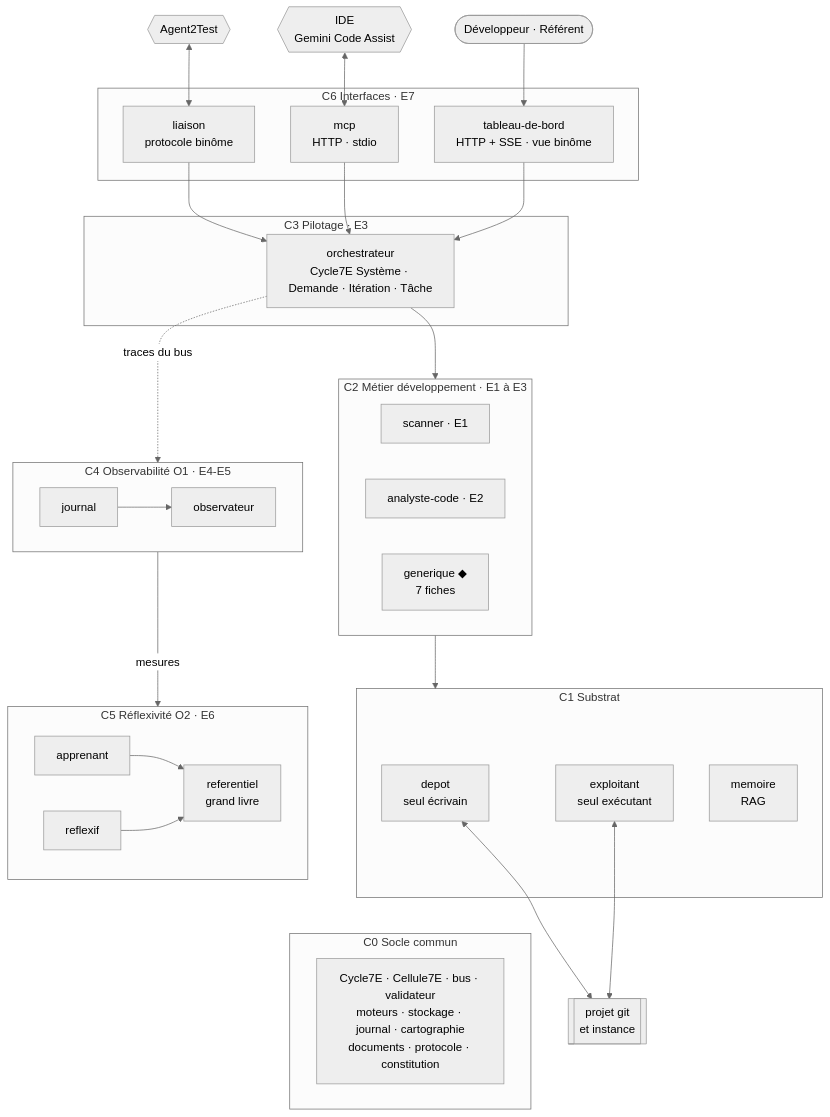
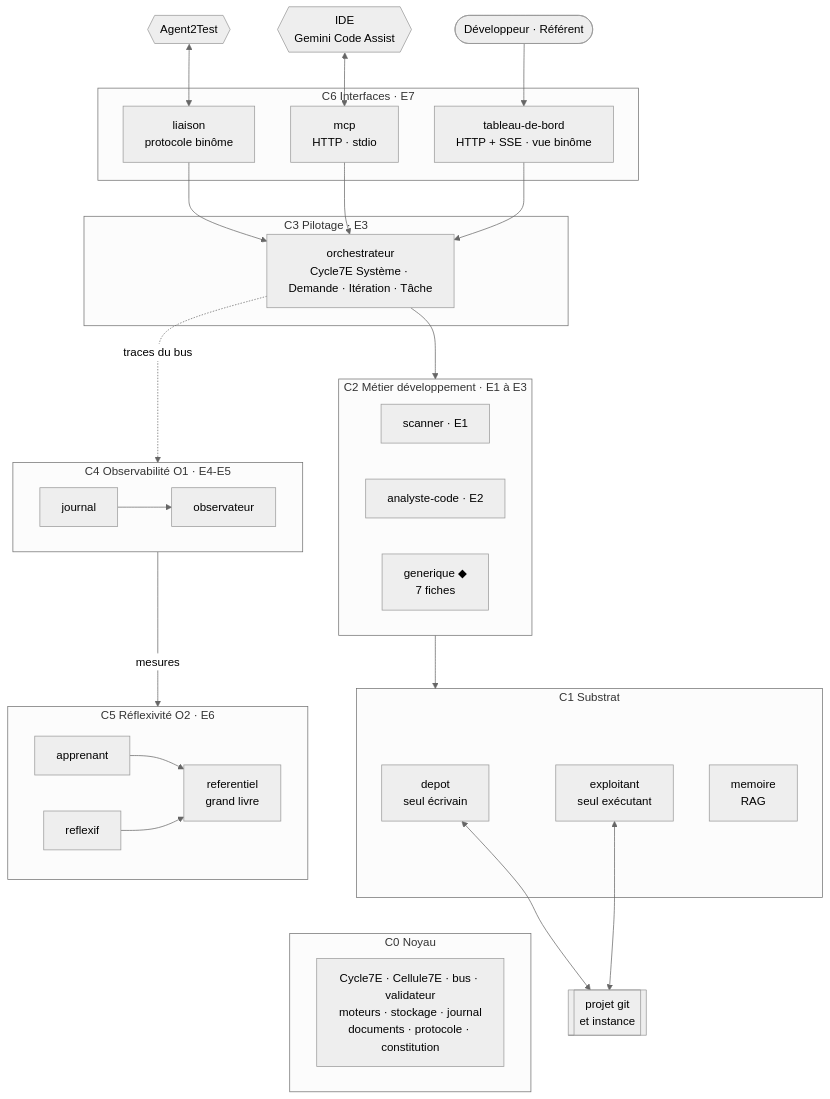
One commit to FredGarcia/Agent2Dev changed the second of 7 diagrams in 01-architecture.md. Above: the diagram before and after it, drawn with Mermaid (neutral theme). The commit also changed other lines of this file and 4 other files, not shown here.

````diff
--- a/01-architecture.md
+++ b/01-architecture.md
@@ -121,51 +121,51 @@
 ```mermaid
 flowchart TB
   HUM(["Développeur · Référent"])
   IDE{{"IDE<br/>Gemini Code Assist"}}
   A2T{{"Agent2Test"}}
   subgraph C6["C6 Interfaces · E7"]
     TDB["tableau-de-bord<br/>HTTP + SSE · vue binôme"]
     MCP["mcp<br/>HTTP · stdio"]
     LIA["liaison<br/>protocole binôme"]
   end
   subgraph C3["C3 Pilotage · E3"]
     ORC["orchestrateur<br/>Cycle7E Système · Demande · Itération · Tâche"]
   end
   subgraph C2["C2 Métier développement · E1 à E3"]
     direction LR
     SCA["scanner · E1"]
     ANC["analyste-code · E2"]
     GEN["generique ◆<br/>7 fiches"]
   end
   subgraph C1["C1 Substrat"]
     DEP["depot<br/>seul écrivain"]
     EXP["exploitant<br/>seul exécutant"]
     MEM["memoire<br/>RAG"]
   end
-  subgraph C0["C0 Socle commun"]
-    K["Cycle7E · Cellule7E · bus · validateur<br/>moteurs · stockage · journal · cartographie<br/>documents · protocole · constitution"]
+  subgraph C0["C0 Noyau"]
+    K["Cycle7E · Cellule7E · bus · validateur<br/>moteurs · stockage · journal<br/>documents · protocole · constitution"]
   end
   subgraph C4["C4 Observabilité O1 · E4-E5"]
     direction LR
     JRN["journal"] --> OBS["observateur"]
   end
   subgraph C5["C5 Réflexivité O2 · E6"]
     direction LR
     APP["apprenant"] --> REF["referentiel<br/>grand livre"]
     RFX["reflexif"] --> REF
   end
   PROJ[["projet git<br/>et instance"]]
   HUM --> TDB
   IDE <--> MCP
   A2T <--> LIA
   TDB --> ORC
   MCP --> ORC
   LIA --> ORC
   ORC --> C2
   C2 --> C1
   C1 ~~~ C0
   DEP <--> PROJ
   EXP <--> PROJ
   ORC -.->|"traces du bus"| C4
   C4 -->|"mesures"| C5
 ```
````
